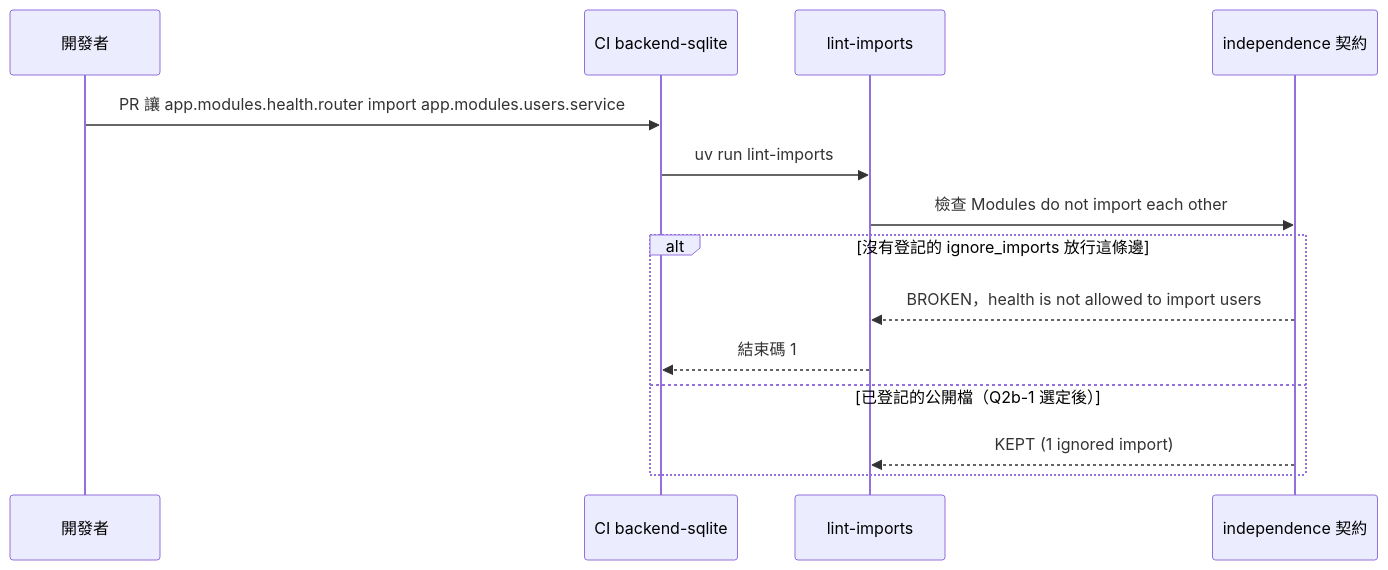
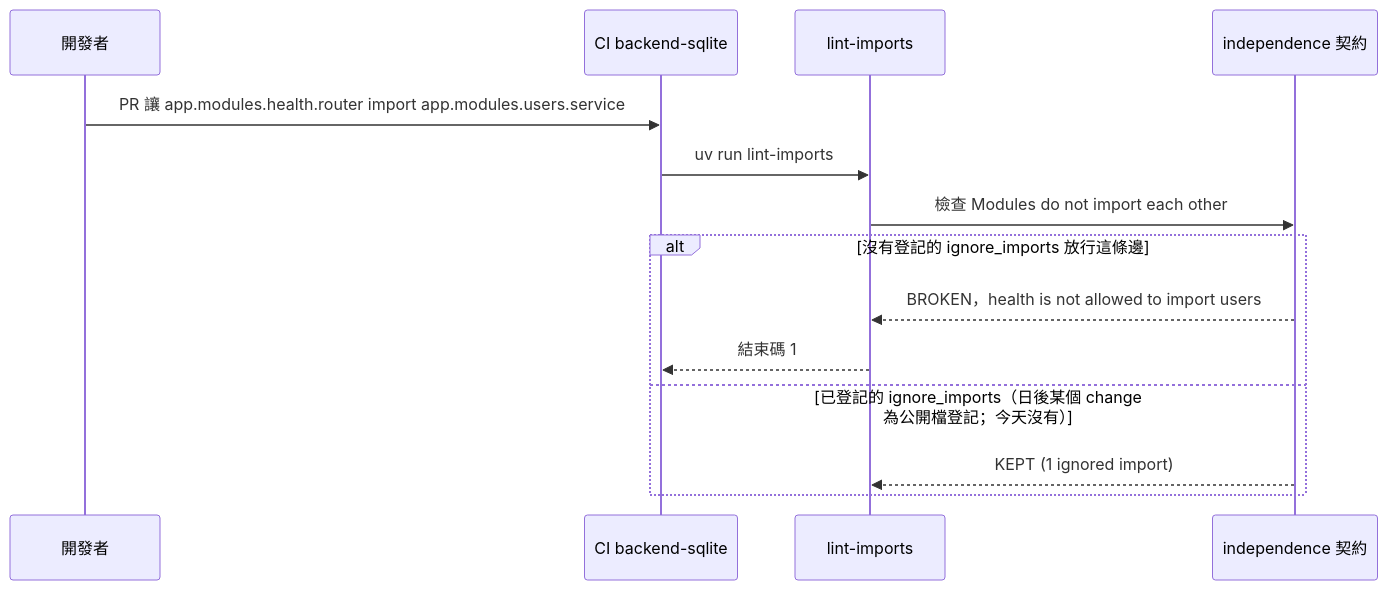
The fifth of 5 diagrams in openspec/changes/backend-entry-import-contracts/system-design.md (label-suite/label-suite), drawn with Mermaid before and after one commit. The commit also changed other lines of this file and 2 other files, not shown here.

````diff
--- a/openspec/changes/backend-entry-import-contracts/system-design.md
+++ b/openspec/changes/backend-entry-import-contracts/system-design.md
@@ -301,16 +304,16 @@
 ```mermaid
 sequenceDiagram
   participant Dev as 開發者
   participant CI as CI backend-sqlite
   participant LI as lint-imports
   participant I as independence 契約
   Dev->>CI: PR 讓 app.modules.health.router import app.modules.users.service
   CI->>LI: uv run lint-imports
   LI->>I: 檢查 Modules do not import each other
   alt 沒有登記的 ignore_imports 放行這條邊
     I-->>LI: BROKEN，health is not allowed to import users
     LI-->>CI: 結束碼 1
-  else 已登記的公開檔（Q2b-1 選定後）
+  else 已登記的 ignore_imports（日後某個 change 為公開檔登記；今天沒有）
     I-->>LI: KEPT (1 ignored import)
   end
 ```
````
